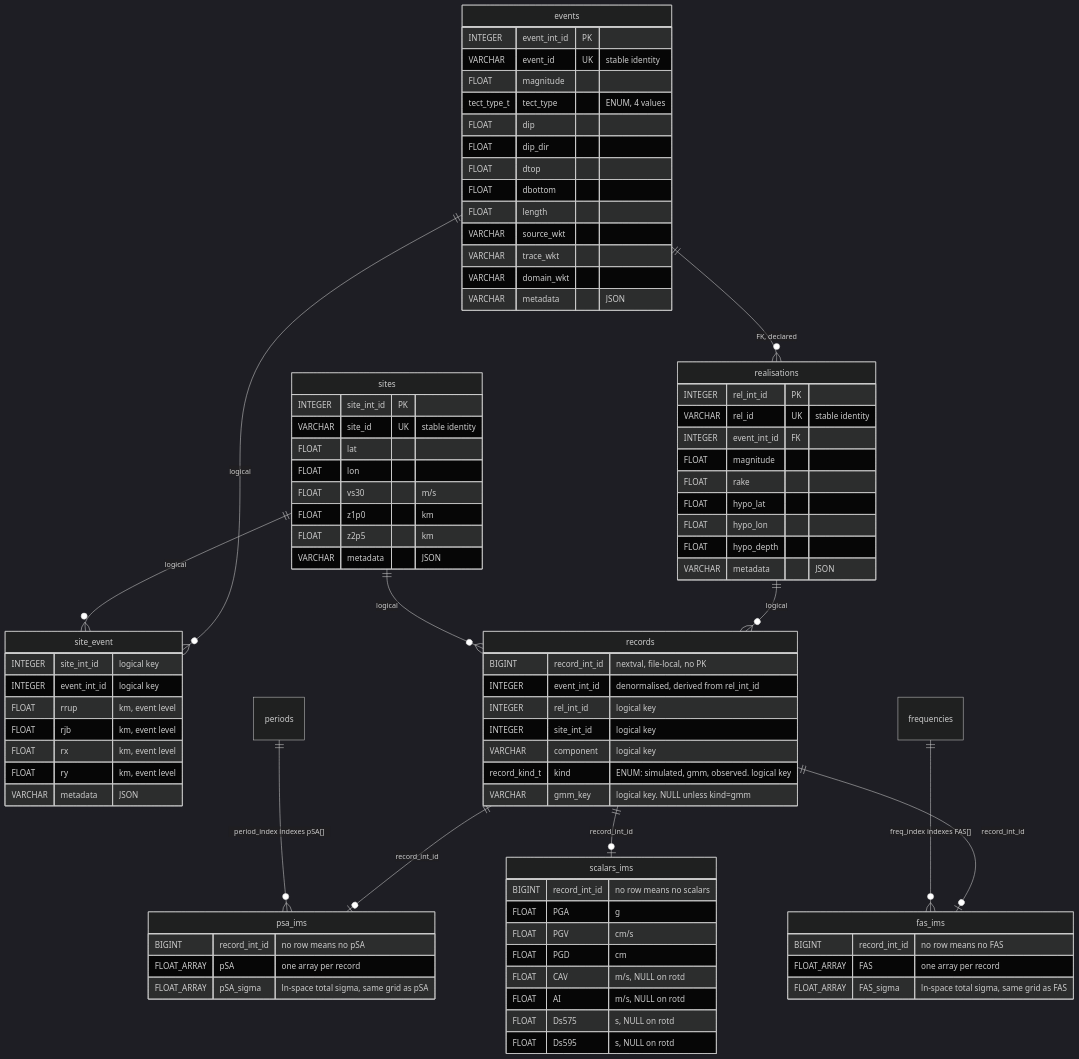
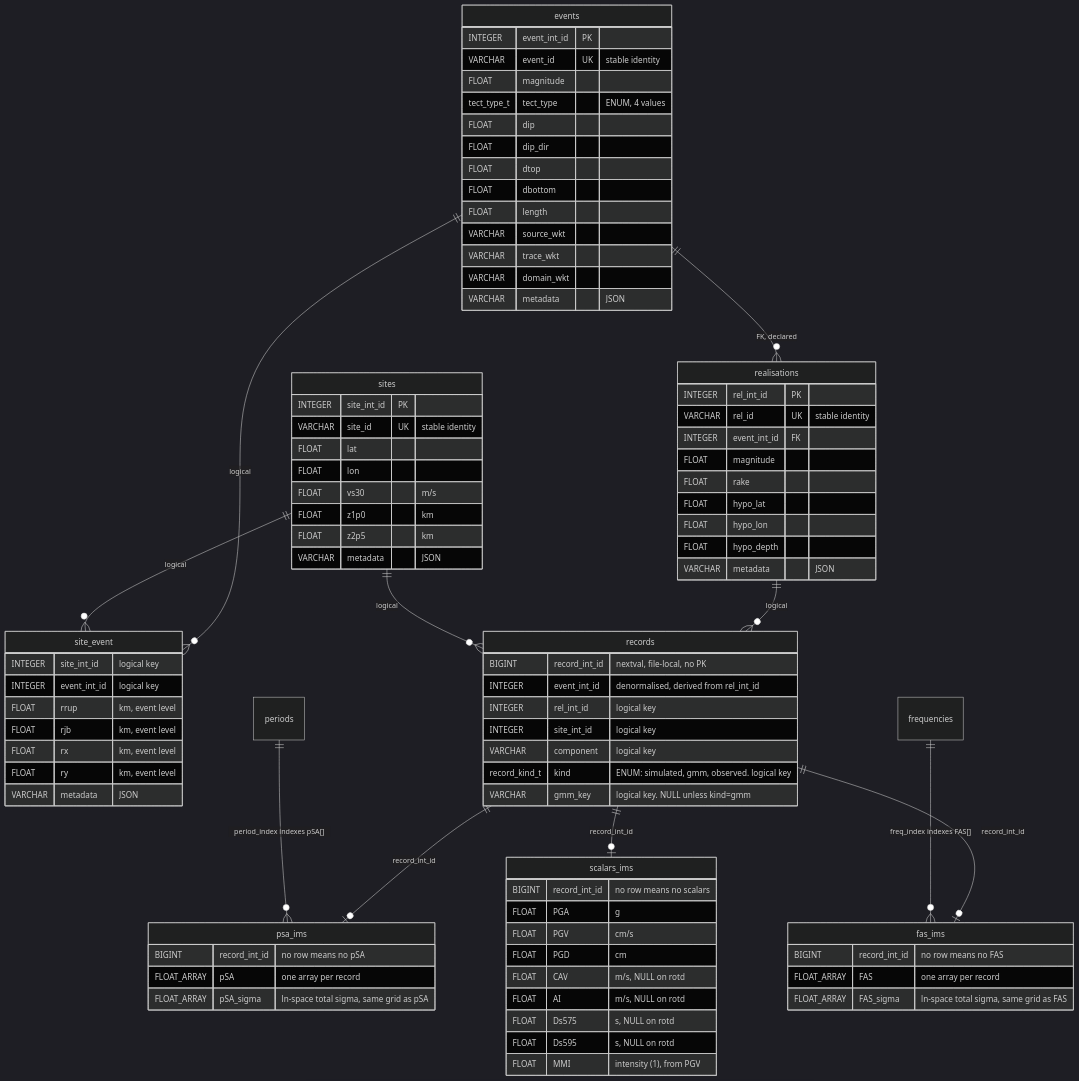
Before and after one commit to ucgmsim/imdb: the diagram in README.md, drawn with Mermaid (dark theme). The commit also changed other lines of this file and 5 other files, not shown here.

First line of the commit message:
Add MMI as a scalar IM (schema version 3)

````diff
--- a/README.md
+++ b/README.md
@@ -113,5 +113,6 @@
         FLOAT  AI "m/s, NULL on rotd"
         FLOAT  Ds575 "s, NULL on rotd"
         FLOAT  Ds595 "s, NULL on rotd"
+        FLOAT  MMI "intensity (1), from PGV"
     }
 ```
````
